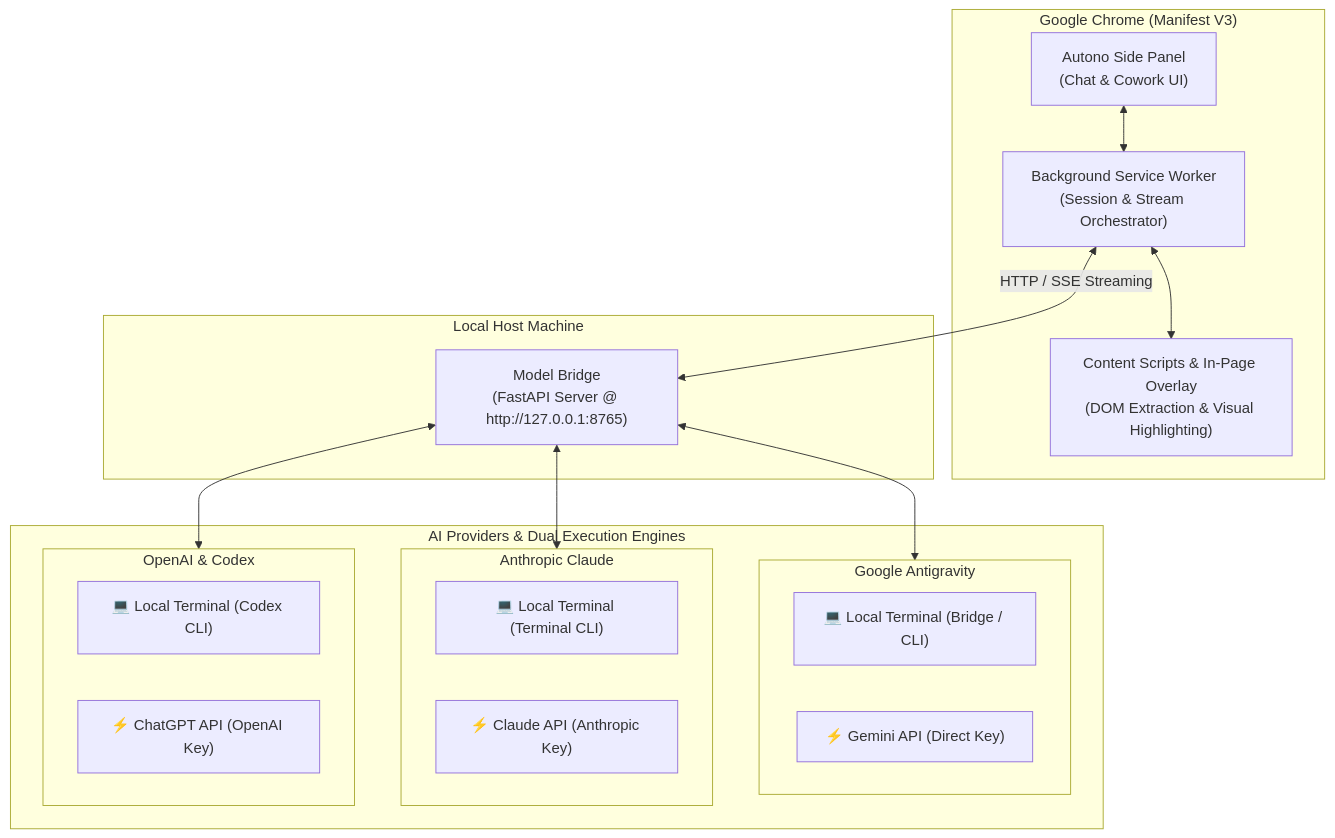
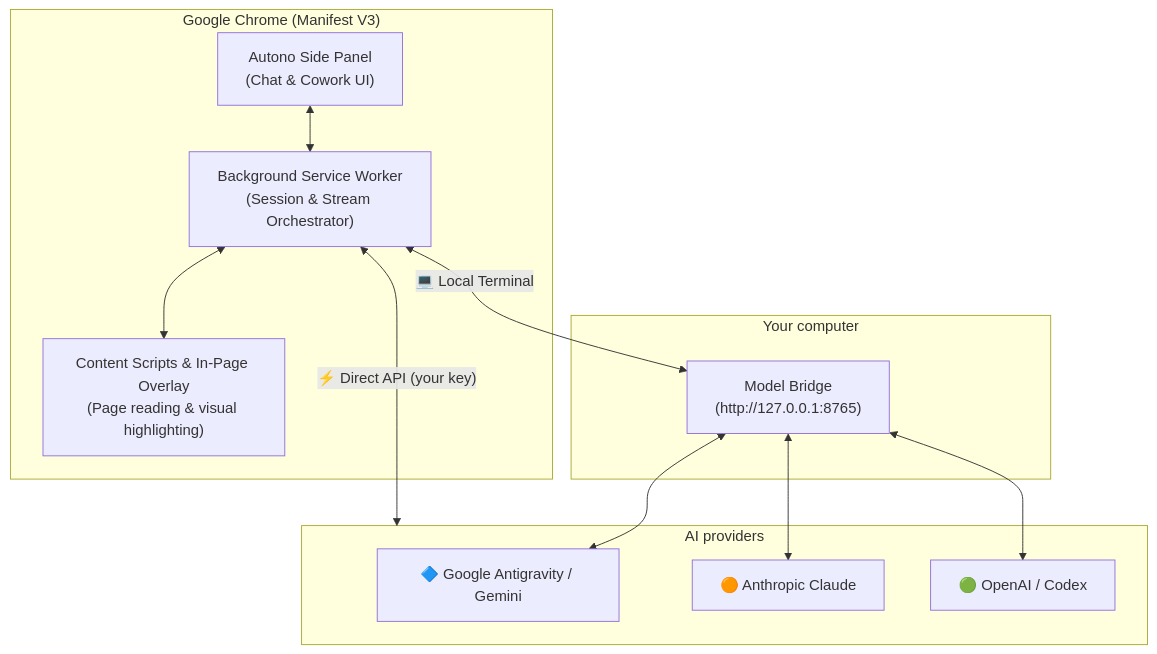
The diagram in README.md (MatiasV3B/Autono), drawn with Mermaid before and after one commit. The commit also changed other lines of this file and 3 other files, not shown here.

````diff
--- a/README.md
+++ b/README.md
@@ -41,34 +236,26 @@
 ```mermaid
 flowchart TD
     subgraph Browser ["Google Chrome (Manifest V3)"]
         Panel["Autono Side Panel\n(Chat & Cowork UI)"]
         Background["Background Service Worker\n(Session & Stream Orchestrator)"]
-        Content["Content Scripts & In-Page Overlay\n(DOM Extraction & Visual Highlighting)"]
+        Content["Content Scripts & In-Page Overlay\n(Page reading & visual highlighting)"]
         Panel <--> Background
         Background <--> Content
     end
 
-    subgraph LocalMachine ["Local Host Machine"]
-        Bridge["Model Bridge\n(FastAPI Server @ http://127.0.0.1:8765)"]
+    subgraph LocalMachine ["Your computer"]
+        Bridge["Model Bridge\n(http://127.0.0.1:8765)"]
     end
 
-    subgraph Providers ["AI Providers & Dual Execution Engines"]
-        subgraph AntigravityGroup ["Google Antigravity"]
-            A_CLI["💻 Local Terminal (Bridge / CLI)"]
-            A_API["⚡ Gemini API (Direct Key)"]
-        end
-        subgraph ClaudeGroup ["Anthropic Claude"]
-            C_CLI["💻 Local Terminal (Terminal CLI)"]
-            C_API["⚡ Claude API (Anthropic Key)"]
-        end
-        subgraph OpenAIGroup ["OpenAI & Codex"]
-            O_CLI["💻 Local Terminal (Codex CLI)"]
-            O_API["⚡ ChatGPT API (OpenAI Key)"]
-        end
+    subgraph Providers ["AI providers"]
+        Gemini["🔷 Google Antigravity / Gemini"]
+        Claude["🟠 Anthropic Claude"]
+        OpenAI["🟢 OpenAI / Codex"]
     end
 
-    Background <-->|HTTP / SSE Streaming| Bridge
-    Bridge <--> AntigravityGroup
-    Bridge <--> ClaudeGroup
-    Bridge <--> OpenAIGroup
+    Background <-->|"💻 Local Terminal"| Bridge
+    Bridge <--> Gemini
+    Bridge <--> Claude
+    Bridge <--> OpenAI
+    Background <-->|"⚡ Direct API (your key)"| Providers
 ```
````
